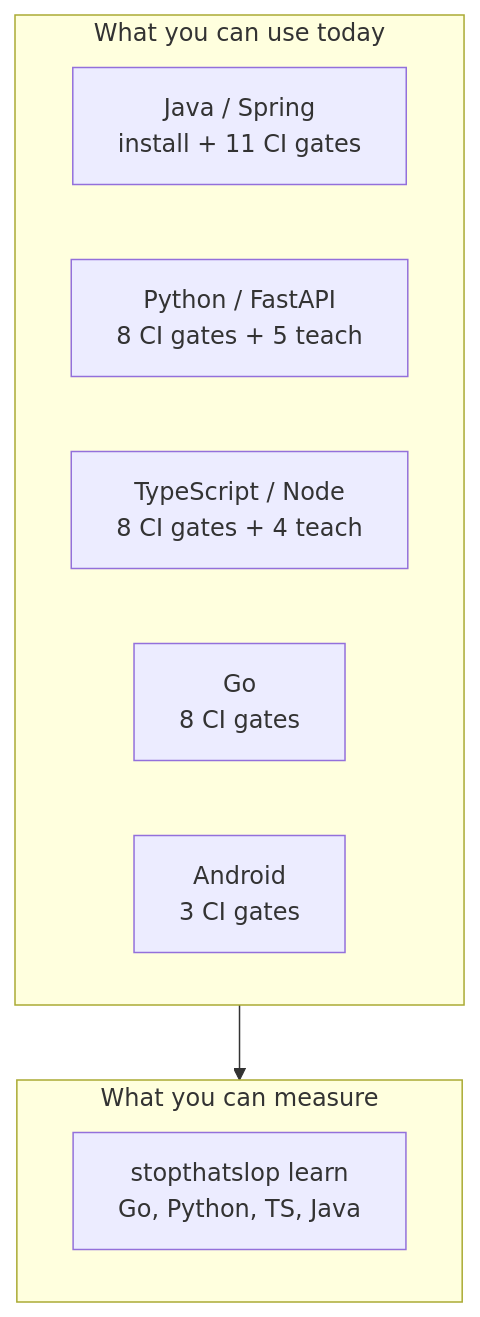
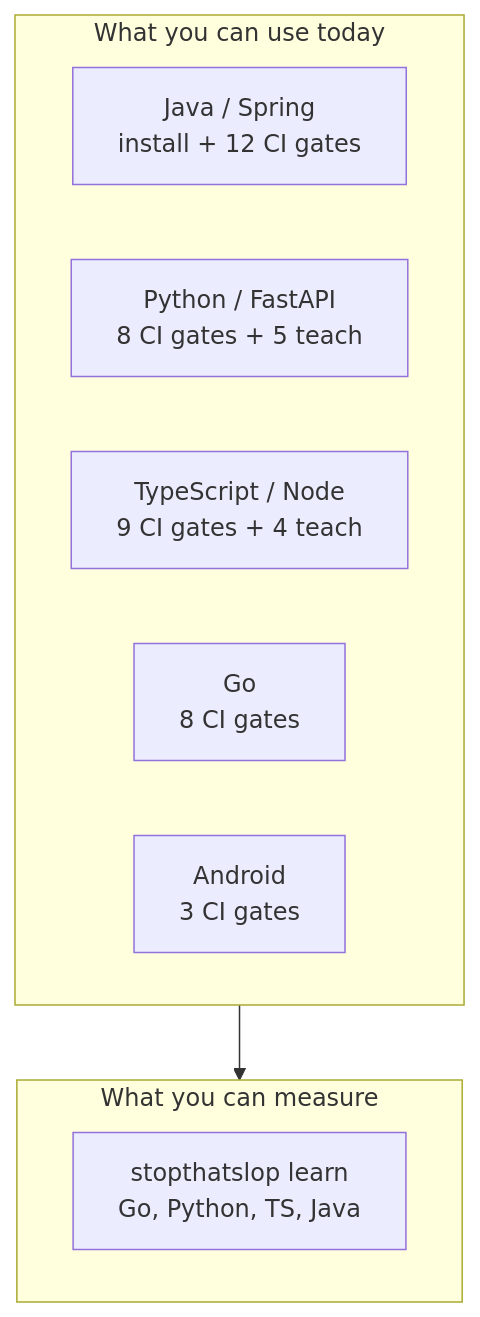
One commit to Amaresh/deslop changed the second of 5 diagrams in README.md. Above: the diagram before and after it, drawn with Mermaid. The commit also changed other lines of this file and 118 other files, not shown here.

````diff
--- a/README.md
+++ b/README.md
@@ -40,14 +40,14 @@
 ```mermaid
 flowchart TB
   subgraph available [What you can use today]
-    J["Java / Spring<br/>install + 11 CI gates"]
+    J["Java / Spring<br/>install + 12 CI gates"]
     P["Python / FastAPI<br/>8 CI gates + 5 teach"]
-    T["TypeScript / Node<br/>8 CI gates + 4 teach"]
+    T["TypeScript / Node<br/>9 CI gates + 4 teach"]
     G["Go<br/>8 CI gates"]
     A["Android<br/>3 CI gates"]
   end
   subgraph discover [What you can measure]
     L["stopthatslop learn<br/>Go, Python, TS, Java"]
   end
   available --> discover
 ```
````
